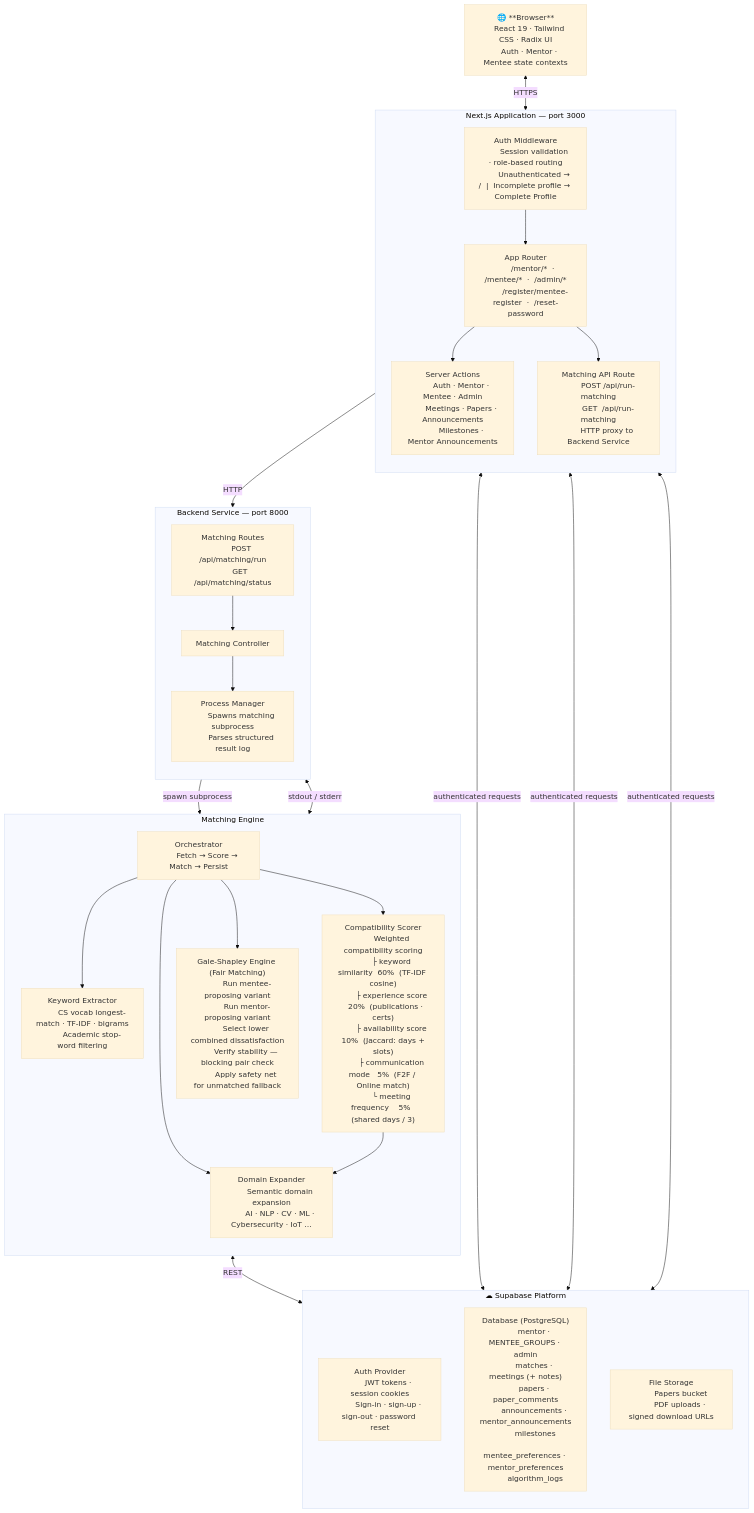
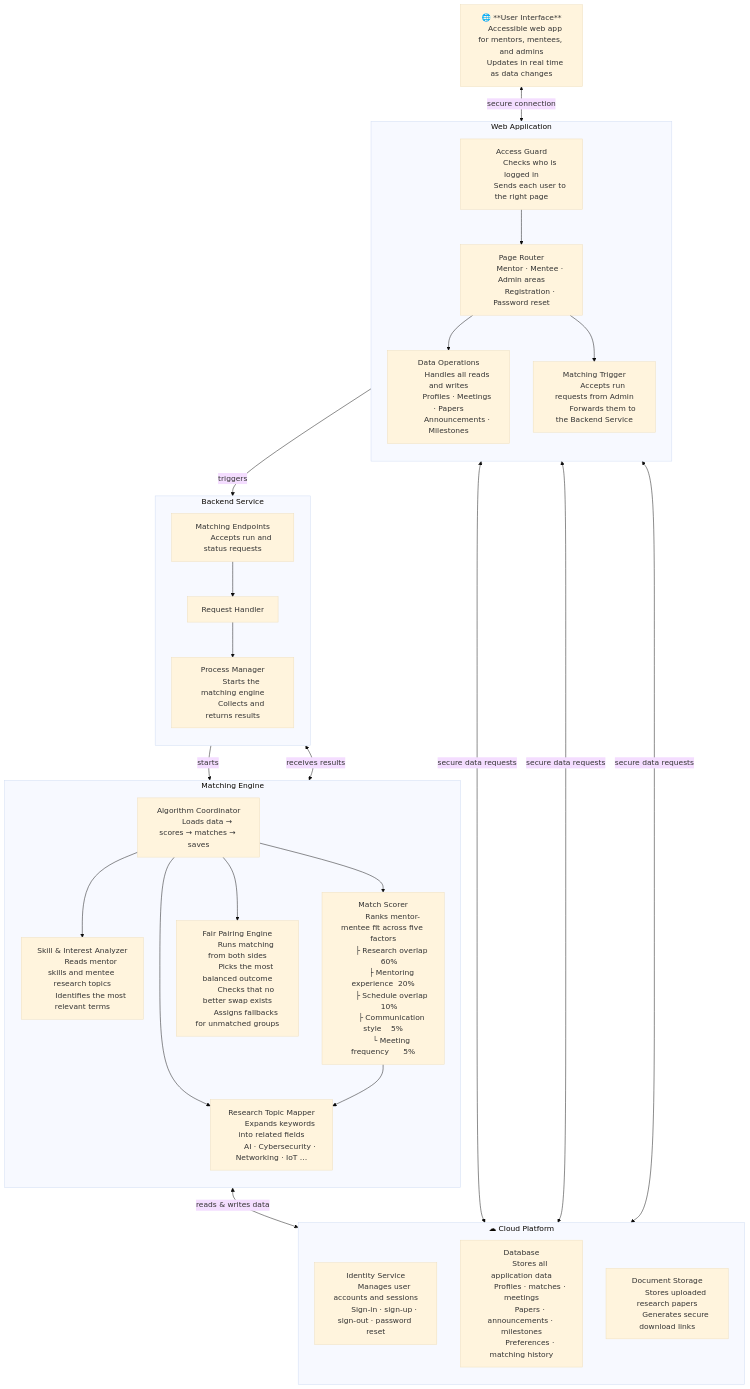
The seventh of 7 diagrams in docs/system-diagrams.md (ieqisg/fortis-nexus), drawn with Mermaid (base theme) before and after one commit.

````diff
--- a/docs/system-diagrams.md
+++ b/docs/system-diagrams.md
@@ -446,102 +446,96 @@
 ```mermaid
 flowchart TD
-    Browser["🌐 **Browser**
-    React 19 · Tailwind CSS · Radix UI
-    Auth · Mentor · Mentee state contexts"]
+    Browser["🌐 **User Interface**
+    Accessible web app for mentors, mentees, and admins
+    Updates in real time as data changes"]
 
-    subgraph NextJS ["Next.js Application — port 3000"]
+    subgraph NextJS ["Web Application"]
         direction TB
-        MW["Auth Middleware
-        Session validation · role-based routing
-        Unauthenticated → /  |  Incomplete profile → Complete Profile"]
+        MW["Access Guard
+        Checks who is logged in
+        Sends each user to the right page"]
 
-        AppRouter["App Router
-        /mentor/*  ·  /mentee/*  ·  /admin/*
-        /register/mentee-register  ·  /reset-password"]
+        AppRouter["Page Router
+        Mentor · Mentee · Admin areas
+        Registration · Password reset"]
 
-        ServerActions["Server Actions
-        Auth · Mentor · Mentee · Admin
-        Meetings · Papers · Announcements
-        Milestones · Mentor Announcements"]
+        ServerActions["Data Operations
+        Handles all reads and writes
+        Profiles · Meetings · Papers
+        Announcements · Milestones"]
 
-        APIRoute["Matching API Route
-        POST /api/run-matching
-        GET  /api/run-matching
-        HTTP proxy to Backend Service"]
+        APIRoute["Matching Trigger
+        Accepts run requests from Admin
+        Forwards them to the Backend Service"]
     end
 
-    subgraph Supabase ["☁ Supabase Platform"]
+    subgraph Supabase ["☁ Cloud Platform"]
         direction TB
-        SupaAuth["Auth Provider
-        JWT tokens · session cookies
+        SupaAuth["Identity Service
+        Manages user accounts and sessions
         Sign-in · sign-up · sign-out · password reset"]
 
-        SupaDB["Database (PostgreSQL)
-        mentor · MENTEE_GROUPS · admin
-        matches · meetings (+ notes)
-        papers · paper_comments
-        announcements · mentor_announcements
-        milestones
-        mentee_preferences · mentor_preferences
-        algorithm_logs"]
+        SupaDB["Database
+        Stores all application data
+        Profiles · matches · meetings
+        Papers · announcements · milestones
+        Preferences · matching history"]
 
-        SupaStorage["File Storage
-        Papers bucket
-        PDF uploads · signed download URLs"]
+        SupaStorage["Document Storage
+        Stores uploaded research papers
+        Generates secure download links"]
     end
 
-    subgraph Express ["Backend Service — port 8000"]
+    subgraph Express ["Backend Service"]
         direction TB
-        Routes["Matching Routes
-        POST /api/matching/run
-        GET  /api/matching/status"]
-        Controller["Matching Controller"]
+        Routes["Matching Endpoints
+        Accepts run and status requests"]
+        Controller["Request Handler"]
         Service["Process Manager
-        Spawns matching subprocess
-        Parses structured result log"]
+        Starts the matching engine
+        Collects and returns results"]
     end
 
     subgraph Python ["Matching Engine"]
         direction TB
-        MainPy["Orchestrator
-        Fetch → Score → Match → Persist"]
+        MainPy["Algorithm Coordinator
+        Loads data → scores → matches → saves"]
 
-        TextProc["Keyword Extractor
-        CS vocab longest-match · TF-IDF · bigrams
-        Academic stop-word filtering"]
+        TextProc["Skill & Interest Analyzer
+        Reads mentor skills and mentee research topics
+        Identifies the most relevant terms"]
 
-        DomainExp["Domain Expander
-        Semantic domain expansion
-        AI · NLP · CV · ML · Cybersecurity · IoT …"]
+        DomainExp["Research Topic Mapper
+        Expands keywords into related fields
+        AI · Cybersecurity · Networking · IoT …"]
 
-        Scoring["Compatibility Scorer
-        Weighted compatibility scoring
-        ├ keyword similarity  60%  (TF-IDF cosine)
-        ├ experience score    20%  (publications · certs)
-        ├ availability score  10%  (Jaccard: days + slots)
-        ├ communication mode   5%  (F2F / Online match)
-        └ meeting frequency    5%  (shared days / 3)"]
+        Scoring["Match Scorer
+        Ranks mentor-mentee fit across five factors
+        ├ Research overlap      60%
+        ├ Mentoring experience  20%
+        ├ Schedule overlap      10%
+        ├ Communication style    5%
+        └ Meeting frequency      5%"]
 
-        Matching["Gale-Shapley Engine (Fair Matching)
-        Run mentee-proposing variant
-        Run mentor-proposing variant
-        Select lower combined dissatisfaction
-        Verify stability — blocking pair check
-        Apply safety net for unmatched fallback"]
+        Matching["Fair Pairing Engine
+        Runs matching from both sides
+        Picks the most balanced outcome
+        Checks that no better swap exists
+        Assigns fallbacks for unmatched groups"]
     end
 
-    Browser <-->|"HTTPS"| MW
+    Browser <-->|"secure connection"| MW
     MW --> AppRouter
     AppRouter --> ServerActions
     AppRouter --> APIRoute
 
-    ServerActions <-->|"authenticated requests"| SupaAuth
-    ServerActions <-->|"authenticated requests"| SupaDB
-    ServerActions <-->|"authenticated requests"| SupaStorage
+    ServerActions <-->|"secure data requests"| SupaAuth
+    ServerActions <-->|"secure data requests"| SupaDB
+    ServerActions <-->|"secure data requests"| SupaStorage
 
-    APIRoute -->|"HTTP"| Routes
+    APIRoute -->|"triggers"| Routes
     Routes --> Controller --> Service
-    Service -->|"spawn subprocess"| MainPy
+    Service -->|"starts"| MainPy
 
     MainPy --> TextProc
     MainPy --> DomainExp
@@ -549,6 +543,6 @@
     Scoring --> DomainExp
     MainPy --> Matching
 
-    MainPy <-->|"REST"| SupaDB
-    Service <-->|"stdout / stderr"| MainPy
+    MainPy <-->|"reads & writes data"| SupaDB
+    Service <-->|"receives results"| MainPy
 ```
````
